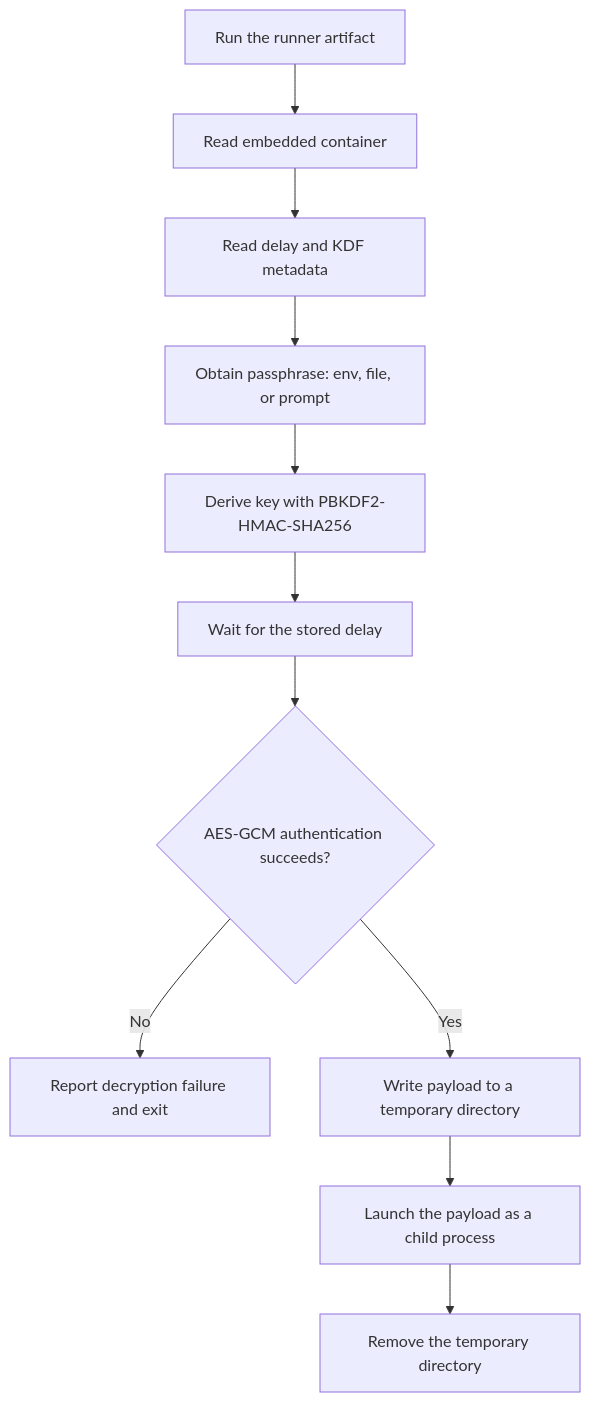
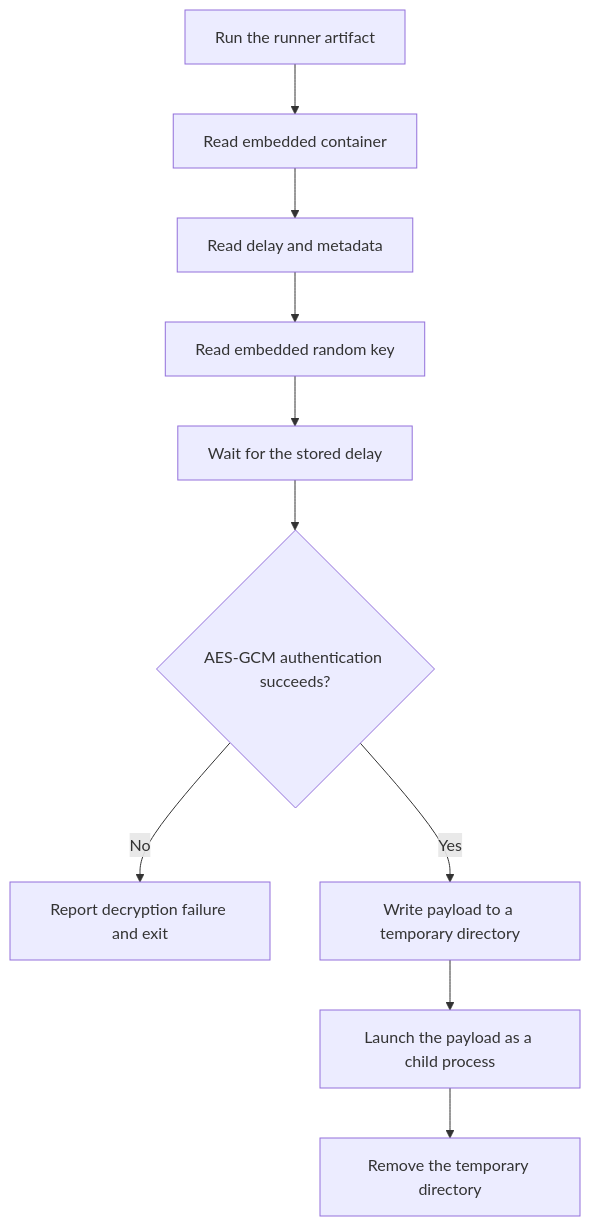
Before and after one commit to fahdaguenouz/hidden-bytes: the sixth of 8 diagrams in README.md, drawn with Mermaid. The commit also changed other lines of this file and 6 other files, not shown here.

````diff
--- a/README.md
+++ b/README.md
@@ -824,13 +866,12 @@
 ```mermaid
 flowchart TD
     A[Run the runner artifact] --> B[Read embedded container]
-    B --> C[Read delay and KDF metadata]
-    C --> D[Obtain passphrase: env, file, or prompt]
-    D --> E[Derive key with PBKDF2-HMAC-SHA256]
-    E --> F[Wait for the stored delay]
-    F --> G{AES-GCM authentication succeeds?}
-    G -- No --> H[Report decryption failure and exit]
-    G -- Yes --> I[Write payload to a temporary directory]
+    B --> C[Read delay and metadata]
+    C --> D[Read embedded random key]
+    D --> E[Wait for the stored delay]
+    E --> F{AES-GCM authentication succeeds?}
+    F -- No --> H[Report decryption failure and exit]
+    F -- Yes --> I[Write payload to a temporary directory]
     I --> J[Launch the payload as a child process]
     J --> K[Remove the temporary directory]
 ```
````
